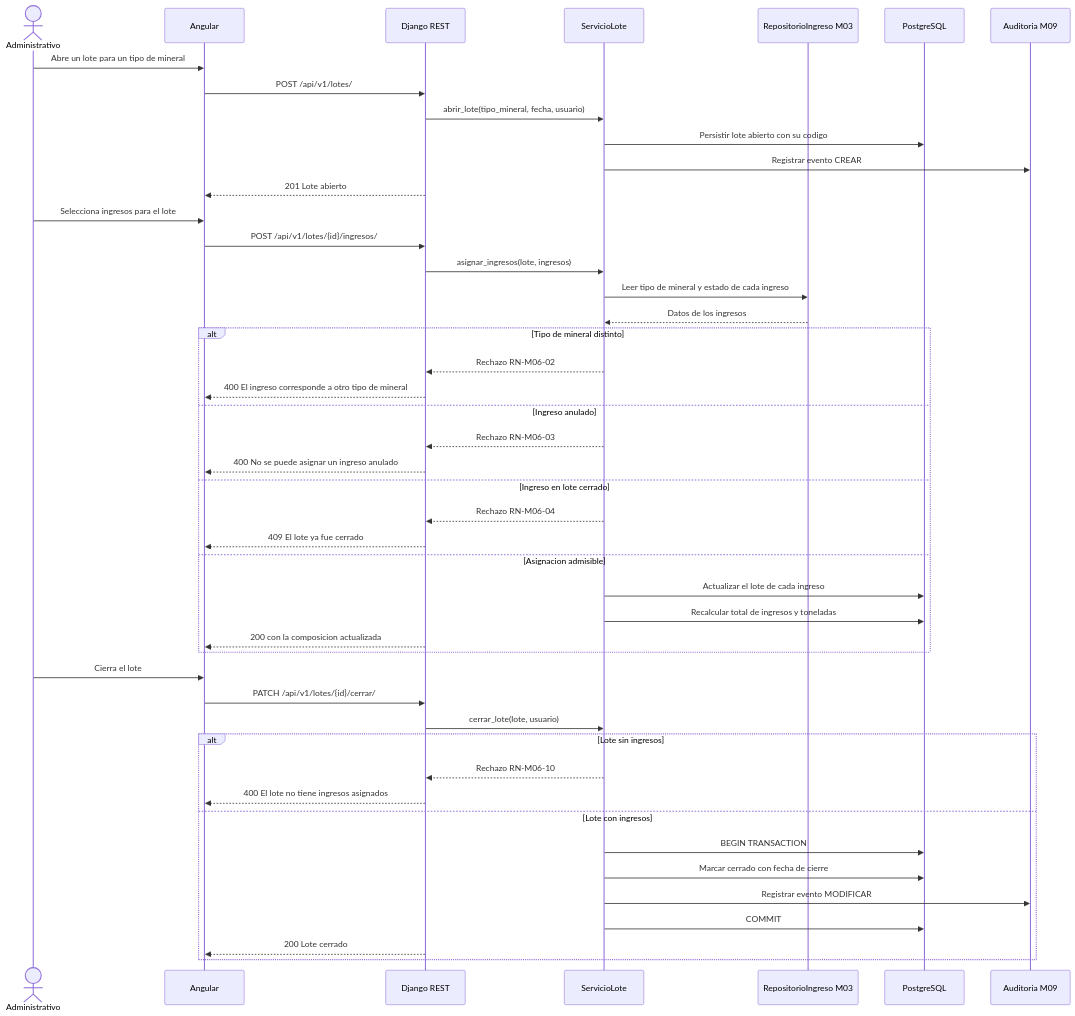
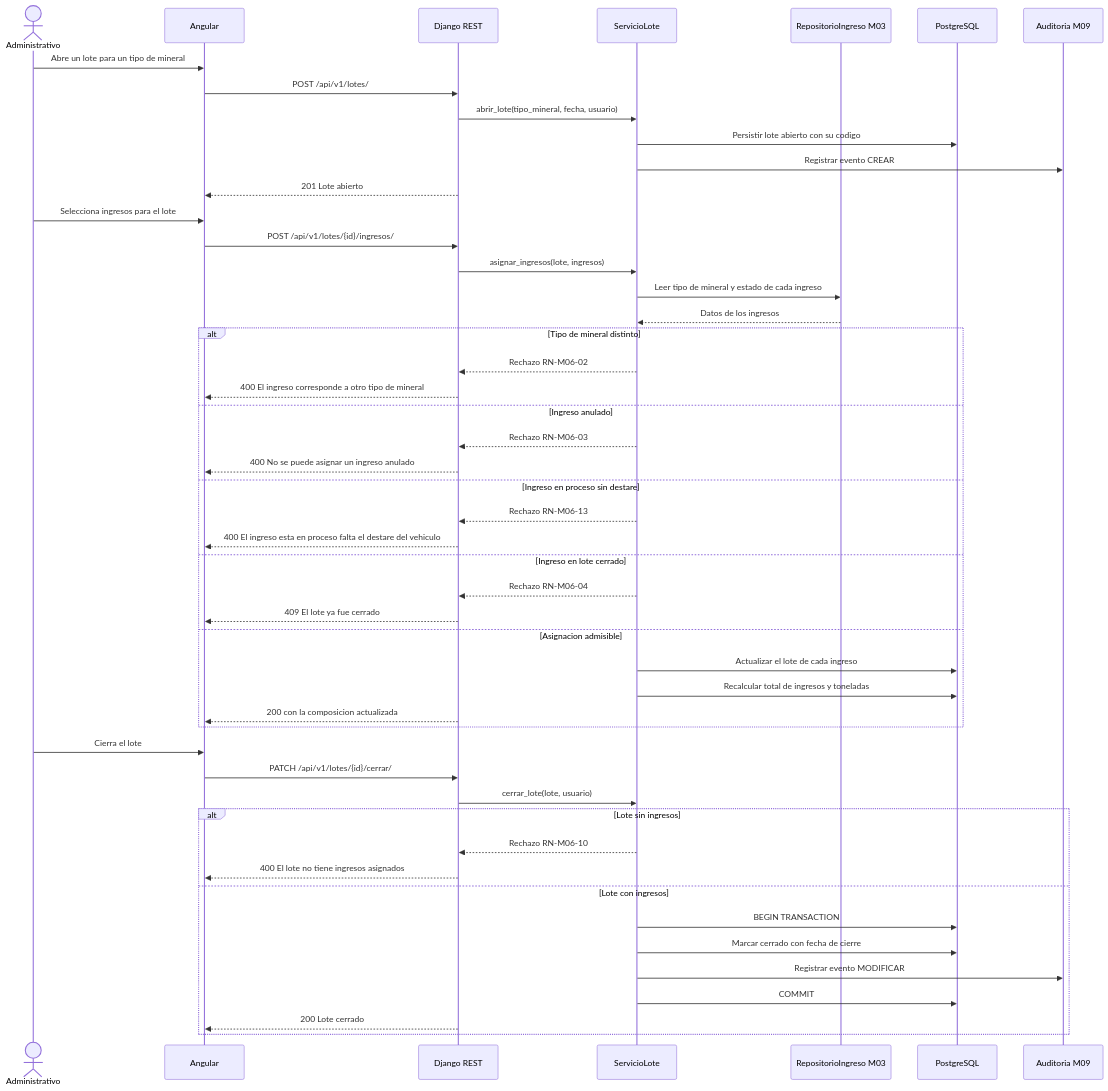
One commit to adlerOmonte1/LogisticaMinera changed the first of 3 diagrams in docs/modulos/M06-trazabilidad/diagramas/secuencia.md. Above: the diagram before and after it, drawn with Mermaid. The commit also changed 91 other files, not shown here.

First line of the commit message:
docs(reformulacion): Aplica el formato real del ticket y el destare

````diff
--- a/docs/modulos/M06-trazabilidad/diagramas/secuencia.md
+++ b/docs/modulos/M06-trazabilidad/diagramas/secuencia.md
@@ -5,53 +5,56 @@
 ```mermaid
 sequenceDiagram
     actor A as Administrativo
     participant NG as Angular
     participant API as Django REST
     participant SRV as ServicioLote
     participant ING as RepositorioIngreso M03
     participant DB as PostgreSQL
     participant AUD as Auditoria M09
 
     A->>NG: Abre un lote para un tipo de mineral
     NG->>API: POST /api/v1/lotes/
     API->>SRV: abrir_lote(tipo_mineral, fecha, usuario)
     SRV->>DB: Persistir lote abierto con su codigo
     SRV->>AUD: Registrar evento CREAR
     API-->>NG: 201 Lote abierto
 
     A->>NG: Selecciona ingresos para el lote
     NG->>API: POST /api/v1/lotes/{id}/ingresos/
     API->>SRV: asignar_ingresos(lote, ingresos)
     SRV->>ING: Leer tipo de mineral y estado de cada ingreso
     ING-->>SRV: Datos de los ingresos
 
     alt Tipo de mineral distinto
         SRV-->>API: Rechazo RN-M06-02
         API-->>NG: 400 El ingreso corresponde a otro tipo de mineral
     else Ingreso anulado
         SRV-->>API: Rechazo RN-M06-03
         API-->>NG: 400 No se puede asignar un ingreso anulado
+    else Ingreso en proceso sin destare
+        SRV-->>API: Rechazo RN-M06-13
+        API-->>NG: 400 El ingreso esta en proceso falta el destare del vehiculo
     else Ingreso en lote cerrado
         SRV-->>API: Rechazo RN-M06-04
         API-->>NG: 409 El lote ya fue cerrado
     else Asignacion admisible
         SRV->>DB: Actualizar el lote de cada ingreso
         SRV->>DB: Recalcular total de ingresos y toneladas
         API-->>NG: 200 con la composicion actualizada
     end
 
     A->>NG: Cierra el lote
     NG->>API: PATCH /api/v1/lotes/{id}/cerrar/
     API->>SRV: cerrar_lote(lote, usuario)
 
     alt Lote sin ingresos
         SRV-->>API: Rechazo RN-M06-10
         API-->>NG: 400 El lote no tiene ingresos asignados
     else Lote con ingresos
         SRV->>DB: BEGIN TRANSACTION
         SRV->>DB: Marcar cerrado con fecha de cierre
         SRV->>AUD: Registrar evento MODIFICAR
         SRV->>DB: COMMIT
         API-->>NG: 200 Lote cerrado
     end
 ```
````
